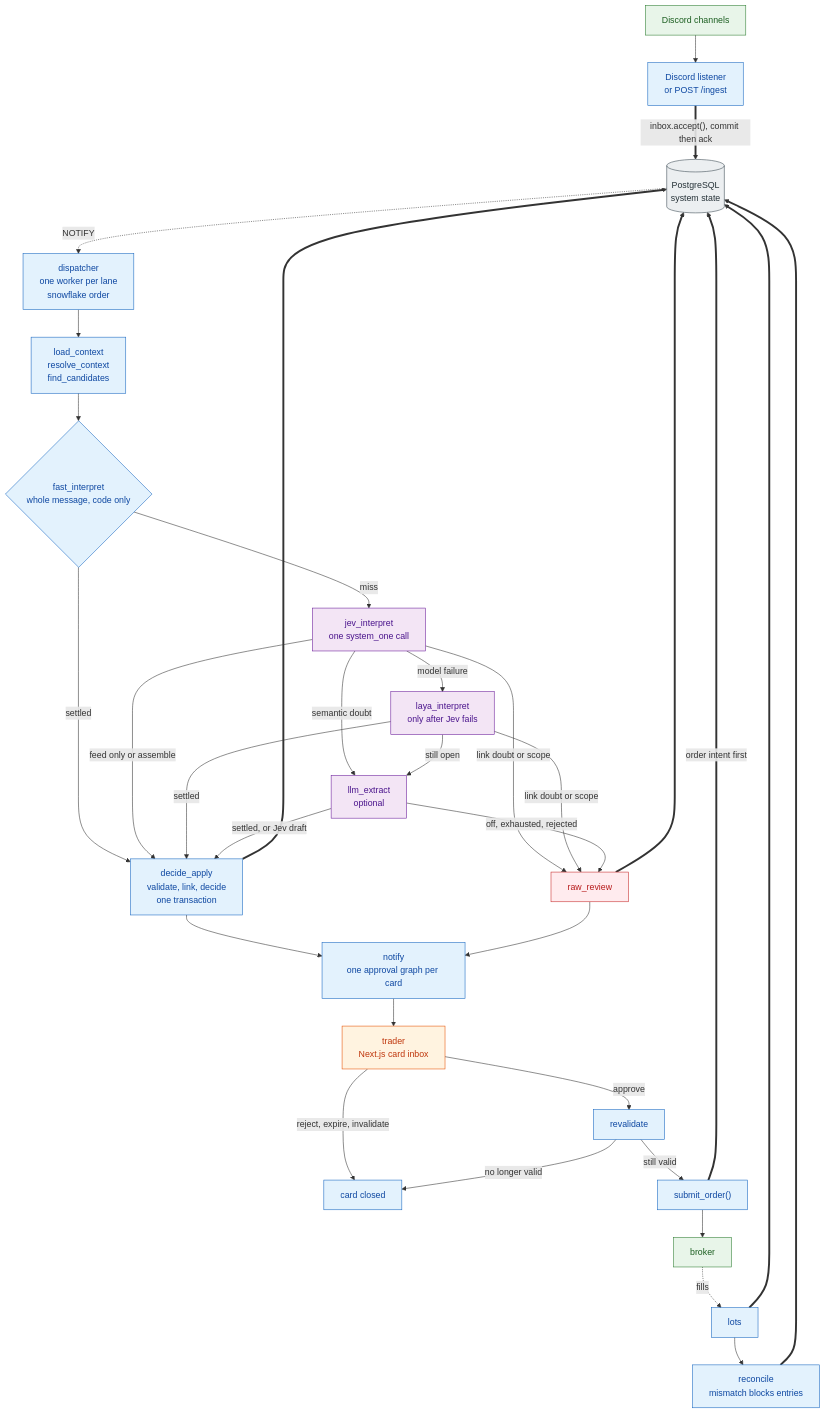
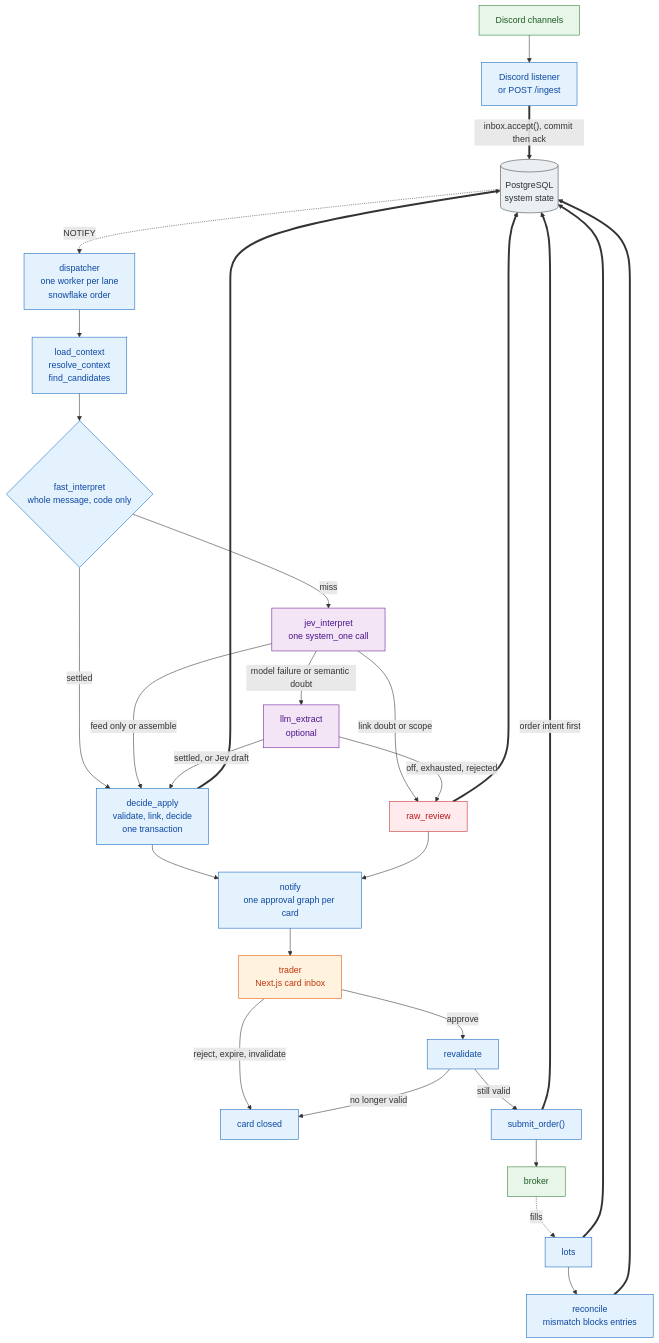
One commit to idolrun/trading-agent changed the diagram in docs/diagrams/11-as-built-architecture.md. Above: the diagram before and after it, drawn with Mermaid. The commit also changed other lines of this file and 64 other files, not shown here.

````diff
--- a/docs/diagrams/11-as-built-architecture.md
+++ b/docs/diagrams/11-as-built-architecture.md
@@ -9,41 +9,37 @@
 ```mermaid
 flowchart TB
     classDef code fill:#e3f2fd,stroke:#1565c0,color:#0d47a1
     classDef model fill:#f3e5f5,stroke:#6a1b9a,color:#4a148c
     classDef human fill:#fff3e0,stroke:#e65100,color:#bf360c
     classDef ext fill:#e8f5e9,stroke:#2e7d32,color:#1b5e20
     classDef store fill:#eceff1,stroke:#37474f,color:#263238
     classDef fail fill:#ffebee,stroke:#c62828,color:#b71c1c
 
     DISCORD["Discord channels"]:::ext --> IN["Discord listener<br/>or POST /ingest"]:::code
     IN ==>|"inbox.accept(), commit then ack"| PG[("PostgreSQL<br/>system state")]:::store
     PG -.->|"NOTIFY"| DISP["dispatcher<br/>one worker per lane<br/>snowflake order"]:::code
     DISP --> LOAD["load_context<br/>resolve_context<br/>find_candidates"]:::code
     LOAD --> FAST{"fast_interpret<br/>whole message, code only"}:::code
     FAST -->|"settled"| APPLY["decide_apply<br/>validate, link, decide<br/>one transaction"]:::code
     FAST -->|"miss"| JEV["jev_interpret<br/>one system_one call"]:::model
     JEV -->|"feed only or assemble"| APPLY
-    JEV -->|"model failure"| LAYA["laya_interpret<br/>only after Jev fails"]:::model
-    JEV -->|"semantic doubt"| LLM["llm_extract<br/>optional"]:::model
+    JEV -->|"model failure or semantic doubt"| LLM["llm_extract<br/>optional"]:::model
     JEV -->|"link doubt or scope"| RAW["raw_review"]:::fail
-    LAYA -->|"settled"| APPLY
-    LAYA -->|"still open"| LLM
-    LAYA -->|"link doubt or scope"| RAW
     LLM -->|"settled, or Jev draft"| APPLY
     LLM -->|"off, exhausted, rejected"| RAW
     APPLY ==> PG
     RAW ==> PG
     APPLY --> NOTE["notify<br/>one approval graph per card"]:::code
     RAW --> NOTE
     NOTE --> HUMAN["trader<br/>Next.js card inbox"]:::human
     HUMAN -->|"approve"| REVAL["revalidate"]:::code
     HUMAN -->|"reject, expire, invalidate"| DONE["card closed"]:::code
     REVAL -->|"still valid"| EXEC["submit_order()"]:::code
     REVAL -->|"no longer valid"| DONE
     EXEC ==>|"order intent first"| PG
     EXEC --> BRK["broker"]:::ext
     BRK -.->|"fills"| LOTS["lots"]:::code
     LOTS ==> PG
     LOTS --> RECON["reconcile<br/>mismatch blocks entries"]:::code
     RECON ==> PG
 ```
````
